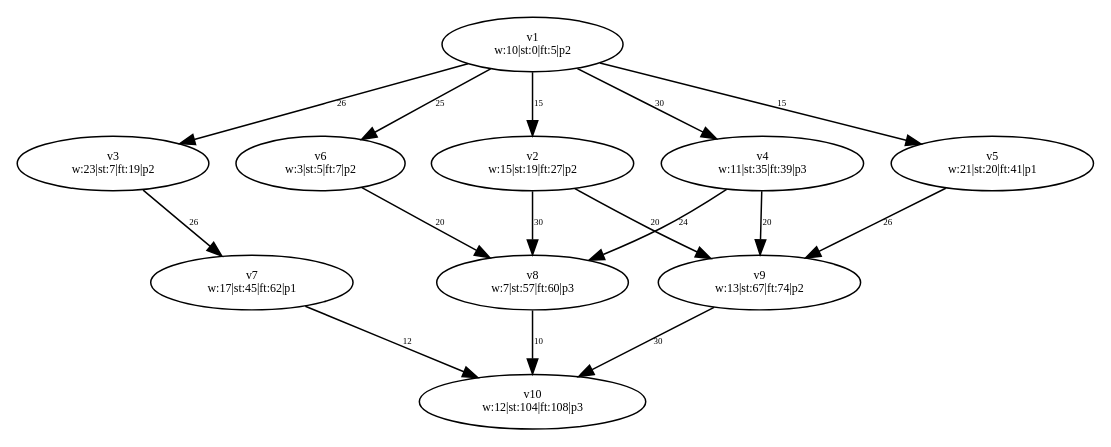
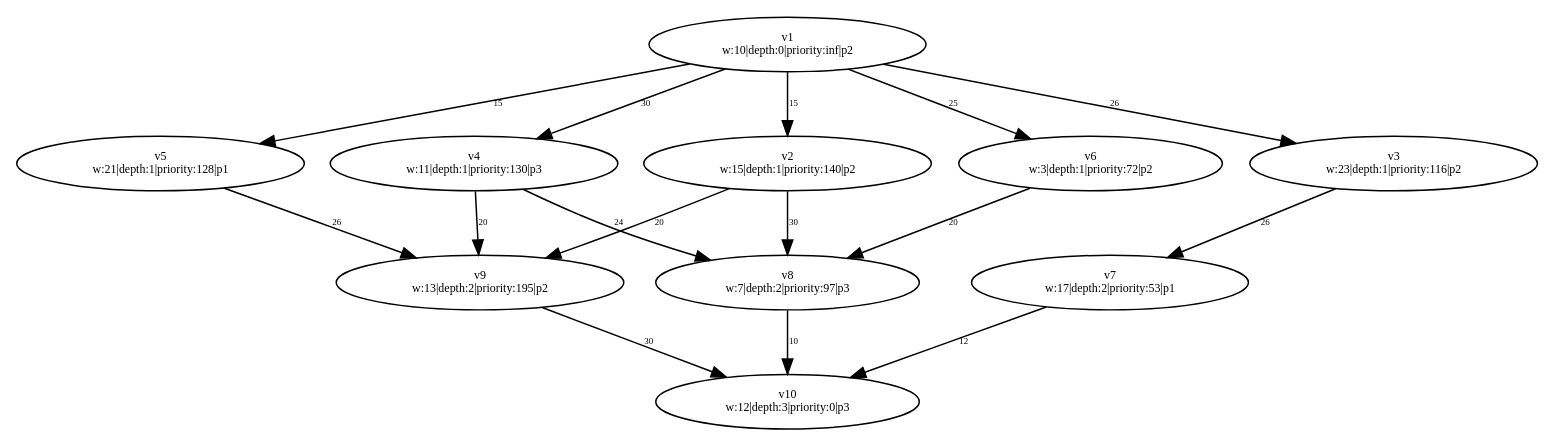
Before and after one commit to dexters1/Task-Scheduling-Based-on-Genetic-Algorithms: the diagram in PythonApplication1/PythonApplication1/test-output/slika_7.gv, drawn with Graphviz. The commit also changed 42 other files, not shown here.

Commit message:
Ostaje unitTestiranje za citav Graph i Processor module

```diff
--- a/PythonApplication1/PythonApplication1/test-output/slika_7.gv
+++ b/PythonApplication1/PythonApplication1/test-output/slika_7.gv
@@ -1,37 +1,37 @@
 digraph {
 	v1 [label="v1
-w:10|st:0|ft:5|p2" fontsize=8.0]
+w:10|depth:0|priority:inf|p2" fontsize=8.0]
+	v2 [label="v2
+w:15|depth:1|priority:140|p2" fontsize=8.0]
+	v4 [label="v4
+w:11|depth:1|priority:130|p3" fontsize=8.0]
+	v5 [label="v5
+w:21|depth:1|priority:128|p1" fontsize=8.0]
+	v3 [label="v3
+w:23|depth:1|priority:116|p2" fontsize=8.0]
 	v6 [label="v6
-w:3|st:5|ft:7|p2" fontsize=8.0]
-	v3 [label="v3
-w:23|st:7|ft:19|p2" fontsize=8.0]
-	v5 [label="v5
-w:21|st:20|ft:41|p1" fontsize=8.0]
-	v4 [label="v4
-w:11|st:35|ft:39|p3" fontsize=8.0]
-	v2 [label="v2
-w:15|st:19|ft:27|p2" fontsize=8.0]
+w:3|depth:1|priority:72|p2" fontsize=8.0]
+	v9 [label="v9
+w:13|depth:2|priority:195|p2" fontsize=8.0]
+	v8 [label="v8
+w:7|depth:2|priority:97|p3" fontsize=8.0]
 	v7 [label="v7
-w:17|st:45|ft:62|p1" fontsize=8.0]
-	v8 [label="v8
-w:7|st:57|ft:60|p3" fontsize=8.0]
-	v9 [label="v9
-w:13|st:67|ft:74|p2" fontsize=8.0]
+w:17|depth:2|priority:53|p1" fontsize=8.0]
 	v10 [label="v10
-w:12|st:104|ft:108|p3" fontsize=8.0]
+w:12|depth:3|priority:0|p3" fontsize=8.0]
 	v1 -> v2 [label=15 constraint=true fontsize=6.0]
 	v1 -> v3 [label=26 constraint=true fontsize=6.0]
 	v1 -> v4 [label=30 constraint=true fontsize=6.0]
 	v1 -> v5 [label=15 constraint=true fontsize=6.0]
 	v1 -> v6 [label=25 constraint=true fontsize=6.0]
 	v2 -> v8 [label=30 constraint=true fontsize=6.0]
 	v2 -> v9 [label=20 constraint=true fontsize=6.0]
 	v3 -> v7 [label=26 constraint=true fontsize=6.0]
 	v4 -> v8 [label=24 constraint=true fontsize=6.0]
 	v4 -> v9 [label=20 constraint=true fontsize=6.0]
 	v5 -> v9 [label=26 constraint=true fontsize=6.0]
 	v6 -> v8 [label=20 constraint=true fontsize=6.0]
 	v7 -> v10 [label=12 constraint=true fontsize=6.0]
 	v8 -> v10 [label=10 constraint=true fontsize=6.0]
 	v9 -> v10 [label=30 constraint=true fontsize=6.0]
 }
```
